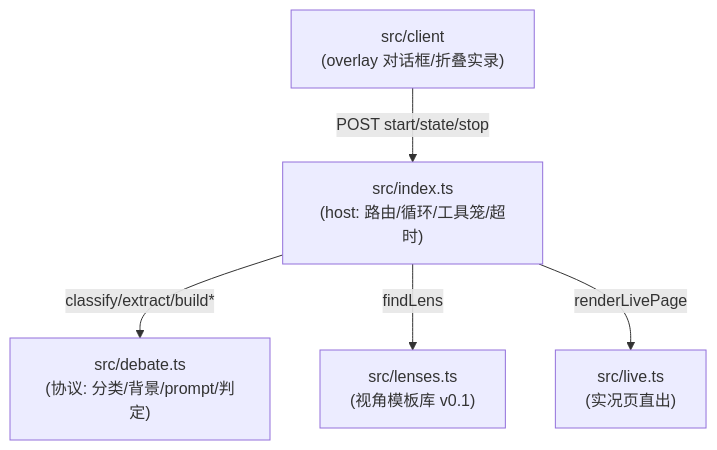
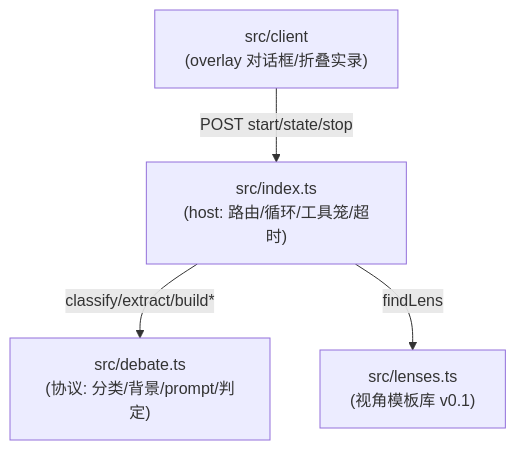
The second of 3 diagrams in docs/architecture.md (doubleelec/dsh-debate), drawn with Mermaid before and after one commit. The commit also changed other lines of this file and 7 other files, not shown here.

First line of the commit message:
feat(panel): resizable dialog with fullscreen and minimize, drop standalone live page

````diff
--- a/docs/architecture.md
+++ b/docs/architecture.md
@@ -61,13 +61,11 @@
 ```mermaid
 flowchart TD
     index["src/index.ts<br/>(host: 路由/循环/工具笼/超时)"]
     debate["src/debate.ts<br/>(协议: 分类/背景/prompt/判定)"]
     lenses["src/lenses.ts<br/>(视角模板库 v0.1)"]
-    live["src/live.ts<br/>(实况页直出)"]
     client["src/client<br/>(overlay 对话框/折叠实录)"]
 
     index -->|"classify/extract/build*"| debate
     index -->|"findLens"| lenses
-    index -->|"renderLivePage"| live
     client -->|"POST start/state/stop"| index
 ```
````
